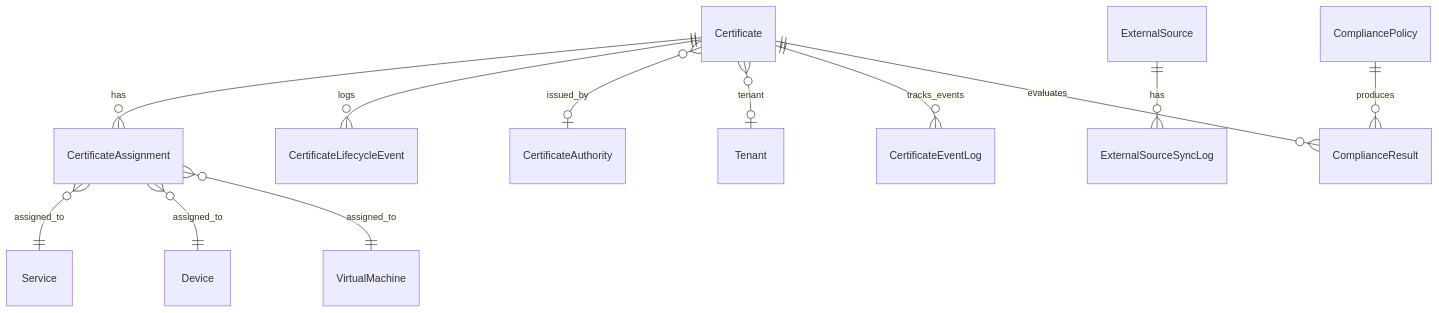
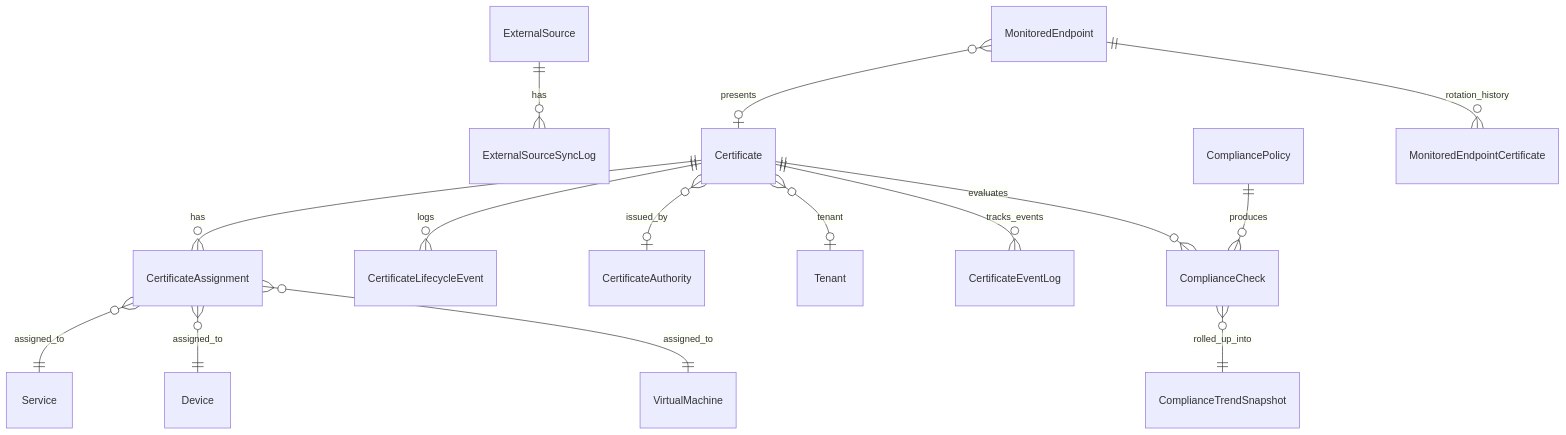
One commit to ctrl-alt-automate/netbox-ssl changed the second of 2 diagrams in docs/explanation/architecture.md. Above: the diagram before and after it, drawn with Mermaid. The commit also changed other lines of this file and 8 other files, not shown here.

````diff
--- a/docs/explanation/architecture.md
+++ b/docs/explanation/architecture.md
@@ -86,14 +86,17 @@
 ```mermaid
 erDiagram
     Certificate ||--o{ CertificateAssignment : has
     Certificate ||--o{ CertificateLifecycleEvent : logs
     CertificateAssignment }o--|| Service : assigned_to
     CertificateAssignment }o--|| Device : assigned_to
     CertificateAssignment }o--|| VirtualMachine : assigned_to
     Certificate }o--o| CertificateAuthority : issued_by
     Certificate }o--o| Tenant : tenant
     ExternalSource ||--o{ ExternalSourceSyncLog : has
     Certificate ||--o{ CertificateEventLog : tracks_events
-    CompliancePolicy ||--o{ ComplianceResult : produces
-    Certificate ||--o{ ComplianceResult : evaluates
+    CompliancePolicy ||--o{ ComplianceCheck : produces
+    Certificate ||--o{ ComplianceCheck : evaluates
+    ComplianceCheck }o--|| ComplianceTrendSnapshot : rolled_up_into
+    MonitoredEndpoint }o--o| Certificate : presents
+    MonitoredEndpoint ||--o{ MonitoredEndpointCertificate : rotation_history
 ```
````
